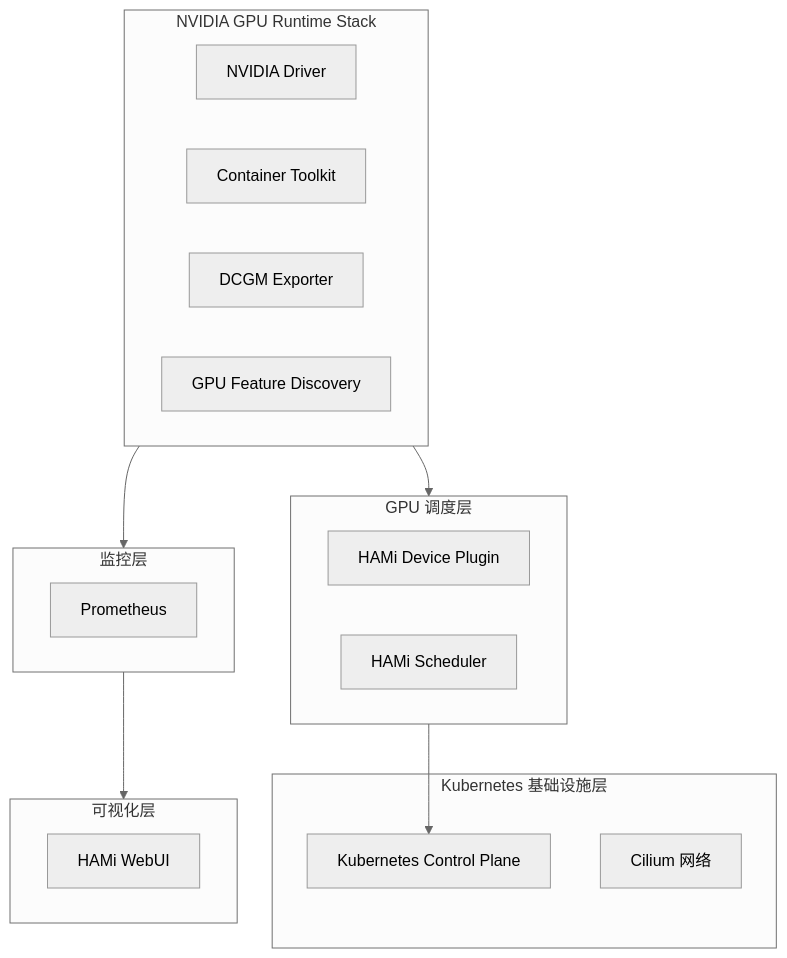
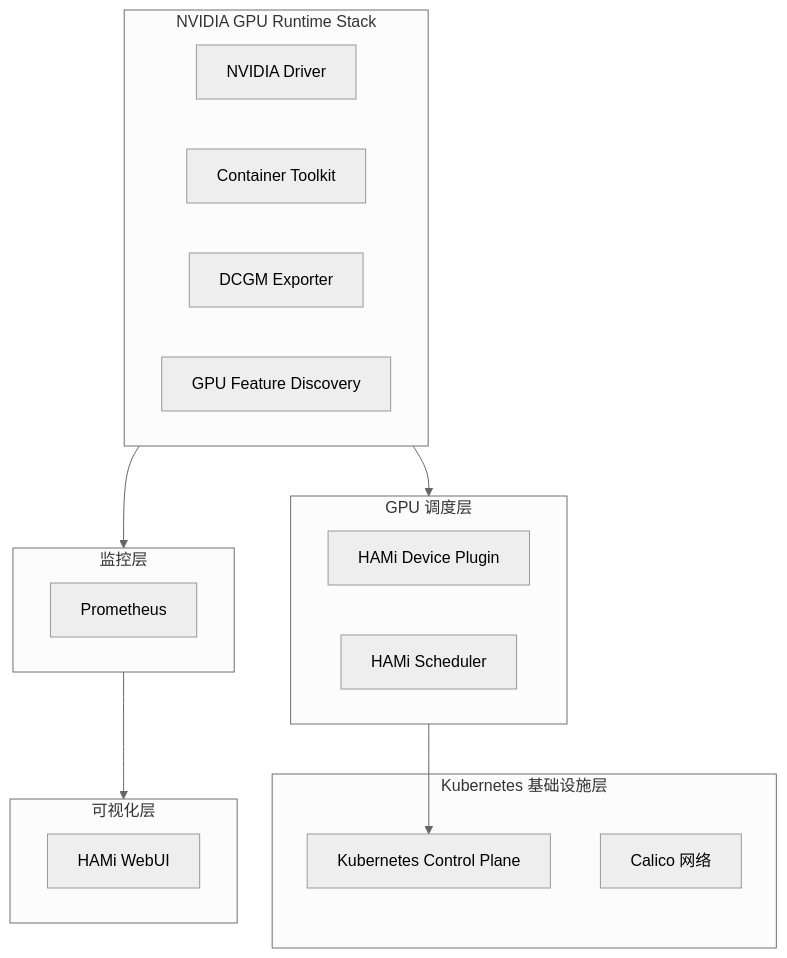
One commit to Project-HAMi/hami-workshop changed the first of 5 diagrams in docs/concepts/hami-architecture.zh.md. Above: the diagram before and after it, drawn with Mermaid (neutral theme). The commit also changed other lines of this file and 9 other files, not shown here.

````diff
--- a/docs/concepts/hami-architecture.zh.md
+++ b/docs/concepts/hami-architecture.zh.md
@@ -9,28 +9,28 @@
 ```mermaid
 %% title: HAMi 集群 5 层架构
 flowchart TB
     subgraph Infra["Kubernetes 基础设施层"]
         K8s["Kubernetes Control Plane"]
-        Cilium["Cilium 网络"]
+        Calico["Calico 网络"]
     end
     subgraph GPUStack["NVIDIA GPU Runtime Stack"]
         Driver["NVIDIA Driver"]
         Toolkit["Container Toolkit"]
         DCGM["DCGM Exporter"]
         GFD["GPU Feature Discovery"]
     end
     subgraph Scheduler["GPU 调度层"]
         DevicePlugin["HAMi Device Plugin"]
         SchedulerExt["HAMi Scheduler"]
     end
     subgraph Observe["监控层"]
         Prometheus["Prometheus"]
     end
     subgraph UI["可视化层"]
         WebUI["HAMi WebUI"]
     end
     GPUStack --> Scheduler
     Scheduler --> K8s
     GPUStack --> Observe
     Observe --> UI
 ```
````
